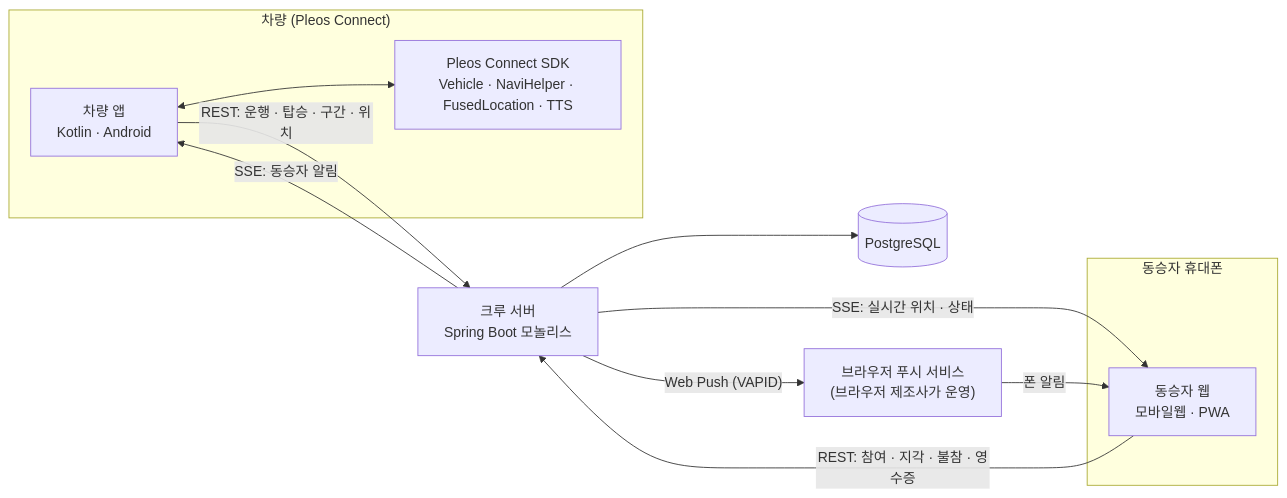
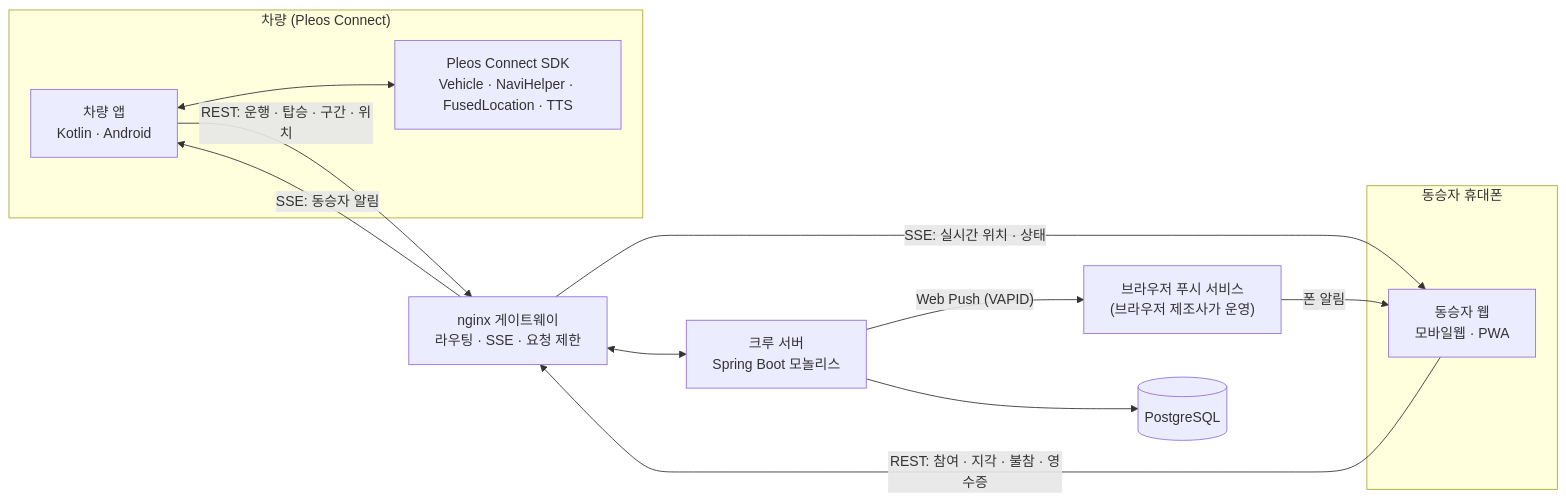
One commit to hyundai-full-accel/paircar-server changed the first of 4 diagrams in docs/architecture.md. Above: the diagram before and after it, drawn with Mermaid. The commit also changed other lines of this file and 7 other files, not shown here.

First line of the commit message:
build: nginx 게이트웨이 추가

````diff
--- a/docs/architecture.md
+++ b/docs/architecture.md
@@ -11,24 +11,26 @@
 ```mermaid
 flowchart LR
     subgraph Car["차량 (Pleos Connect)"]
         CarApp["차량 앱<br/>Kotlin · Android"]
         SDK["Pleos Connect SDK<br/>Vehicle · NaviHelper · FusedLocation · TTS"]
         CarApp <--> SDK
     end
 
     subgraph Phone["동승자 휴대폰"]
         Web["동승자 웹<br/>모바일웹 · PWA"]
     end
 
+    Gateway["nginx 게이트웨이<br/>라우팅 · SSE · 요청 제한"]
     Server["크루 서버<br/>Spring Boot 모놀리스"]
     DB[("PostgreSQL")]
     Push["브라우저 푸시 서비스<br/>(브라우저 제조사가 운영)"]
 
-    CarApp -- "REST: 운행 · 탑승 · 구간 · 위치" --> Server
-    Server -- "SSE: 동승자 알림" --> CarApp
-    Web -- "REST: 참여 · 지각 · 불참 · 영수증" --> Server
-    Server -- "SSE: 실시간 위치 · 상태" --> Web
+    CarApp -- "REST: 운행 · 탑승 · 구간 · 위치" --> Gateway
+    Gateway -- "SSE: 동승자 알림" --> CarApp
+    Web -- "REST: 참여 · 지각 · 불참 · 영수증" --> Gateway
+    Gateway -- "SSE: 실시간 위치 · 상태" --> Web
+    Gateway <--> Server
     Server -- "Web Push (VAPID)" --> Push
     Push -- "폰 알림" --> Web
     Server --> DB
 ```
````
